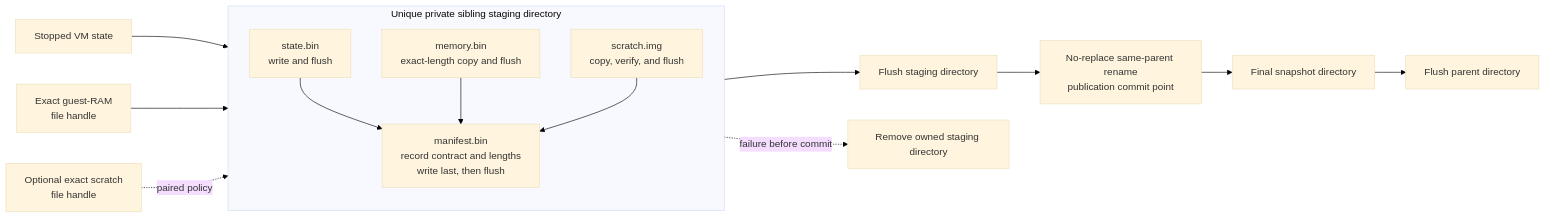
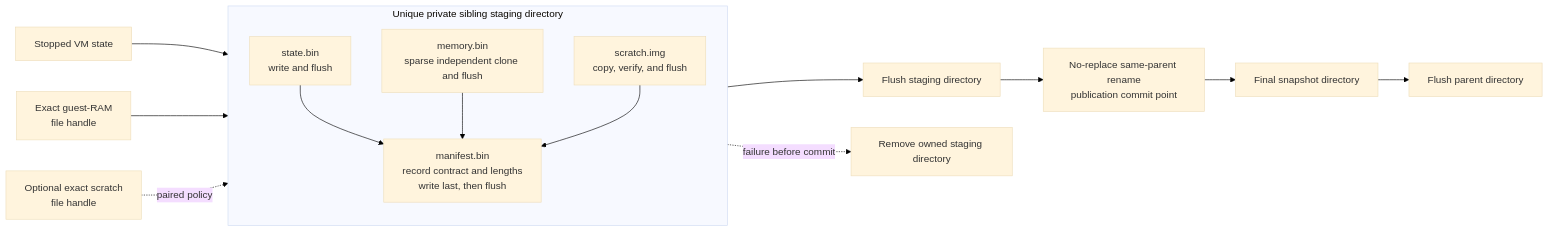
Before and after one commit to microsoft/nvx: the sixth of 7 diagrams in doc/design.md, drawn with Mermaid. The commit also changed other lines of this file, not shown here.

Commit message:
snapshot: preserve sparse RAM backing

````diff
--- a/doc/design.md
+++ b/doc/design.md
@@ -519,27 +519,27 @@
 ```mermaid
 %%{init: {"theme": "base", "themeVariables": {"background": "#ffffff"}}}%%
 flowchart LR
    State["Stopped VM state"]
    Ram["Exact guest-RAM<br/>file handle"]
    Scratch["Optional exact scratch<br/>file handle"]
 
    subgraph Staging["Unique private sibling staging directory"]
       direction TB
       StateFile["state.bin<br/>write and flush"]
-      MemoryFile["memory.bin<br/>exact-length copy and flush"]
+      MemoryFile["memory.bin<br/>sparse independent clone and flush"]
       ScratchFile["scratch.img<br/>copy, verify, and flush"]
       ManifestFile["manifest.bin<br/>record contract and lengths<br/>write last, then flush"]
    end
 
    SyncStaging["Flush staging directory"]
    Rename["No-replace same-parent rename<br/>publication commit point"]
    Final["Final snapshot directory"]
    SyncParent["Flush parent directory"]
    Cleanup["Remove owned staging directory"]
 
    State --> StateFile --> ManifestFile
    Ram --> MemoryFile --> ManifestFile
    Scratch -. paired policy .-> ScratchFile --> ManifestFile
    ManifestFile --> SyncStaging --> Rename --> Final --> SyncParent
    Staging -. failure before commit .-> Cleanup
 ```
````
